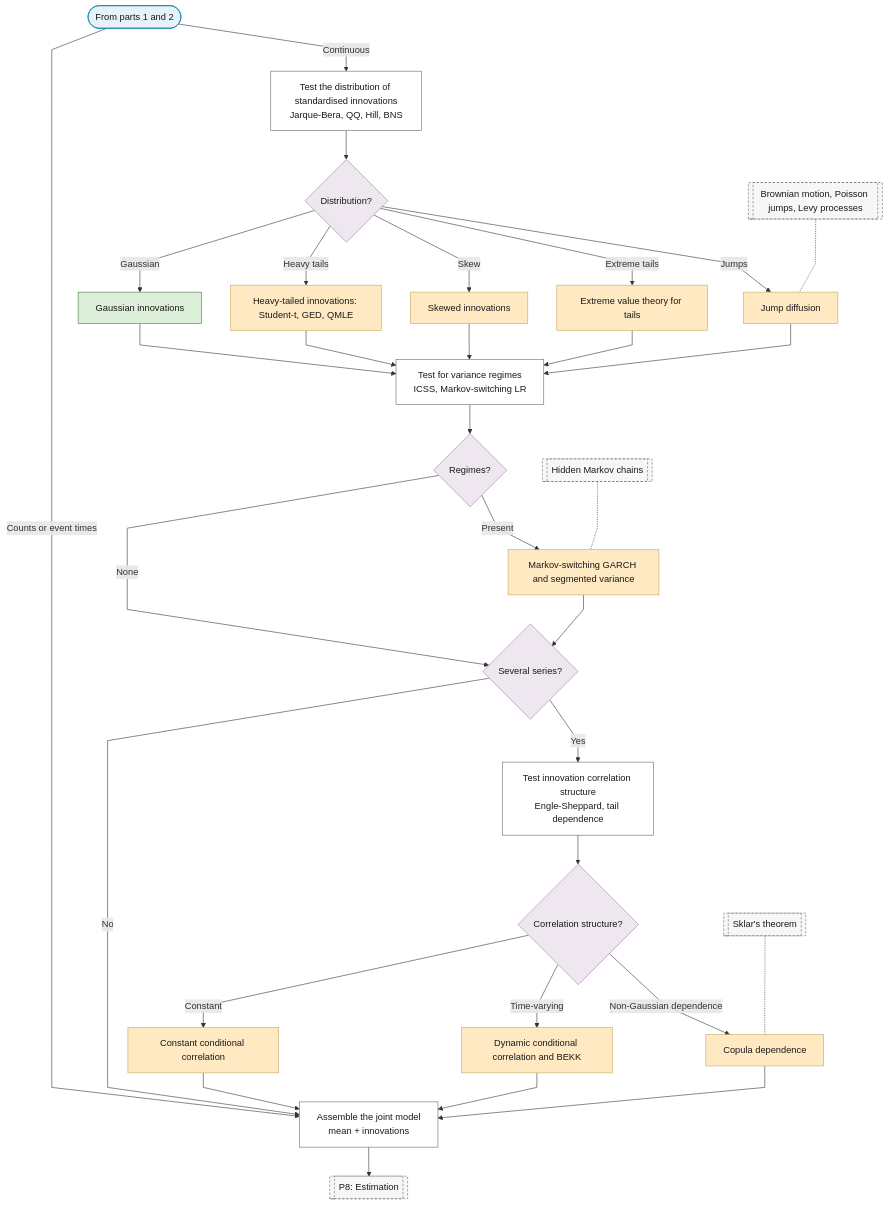
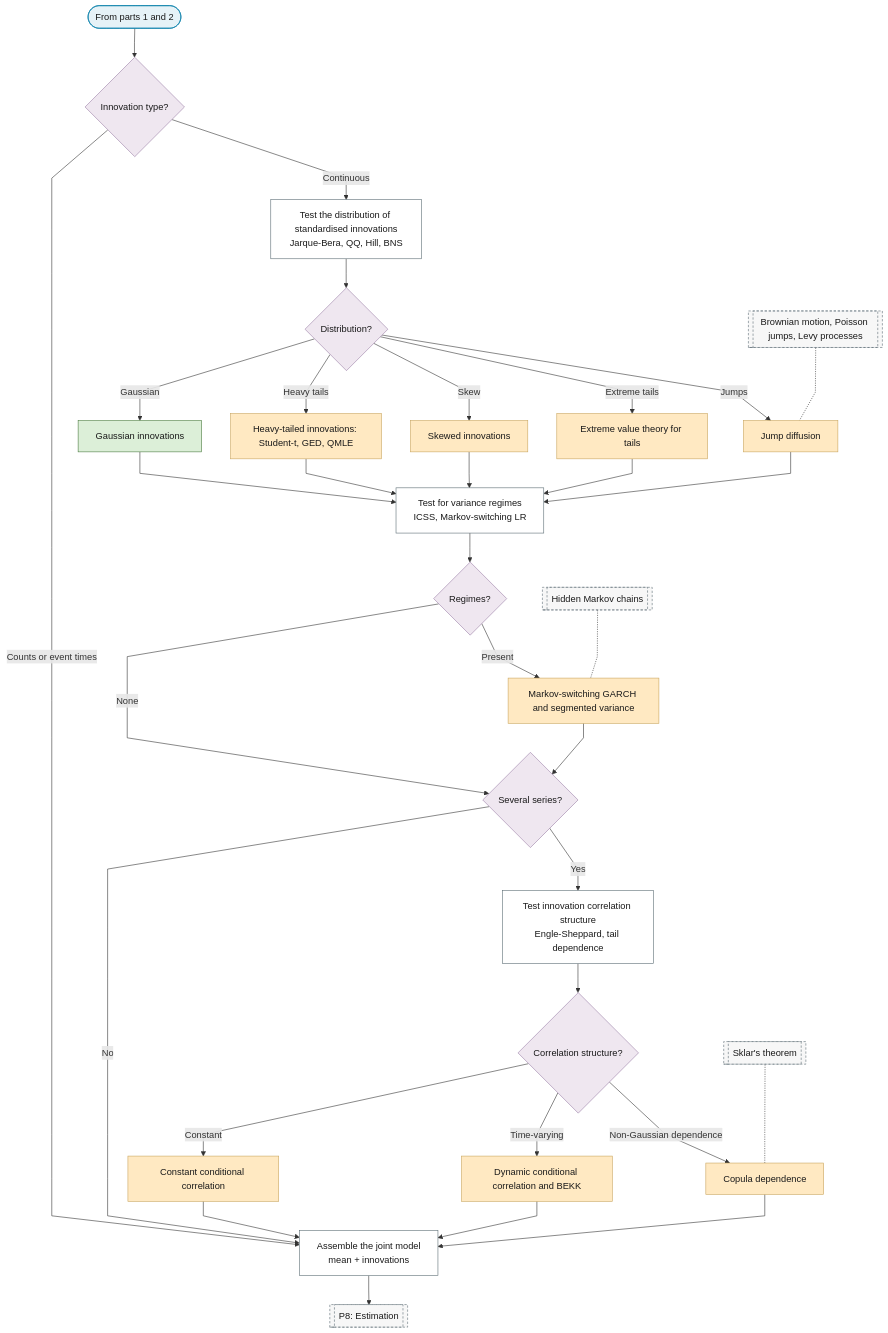
One commit to Shuxin-Y/time-series-analysis-manual changed the third of 3 diagrams in docs/01-workflow/p07-error-process.md. Above: the diagram before and after it, drawn with Mermaid. The commit also changed 4 other files, not shown here.

First line of the commit message:
fix(flowchart): part entries repeat the question; representation charts keep the spine edge

````diff
--- a/docs/01-workflow/p07-error-process.md
+++ b/docs/01-workflow/p07-error-process.md
@@ -86,42 +86,44 @@
 ```mermaid
 %%{init: {"flowchart": {"curve": "linear"}}}%%
 graph TD
-    P7_FROM_PART_2(["From parts 1 and 2"]) -->|"Continuous"| P7_DIST_TESTS["Test the distribution of standardised innovations<br/>Jarque-Bera, QQ, Hill, BNS"]
-    P7_FROM_PART_2 -->|"Counts or event times"| P7_OUT
+    P7_PART_3_IN(["From parts 1 and 2"]) --> P7_TYPE_3{"Innovation type?"}
+    P7_TYPE_3 -->|"Continuous"| P7_DIST_TESTS["Test the distribution of standardised innovations<br/>Jarque-Bera, QQ, Hill, BNS"]
+    P7_TYPE_3 -->|"Counts or event times"| P7_OUT
     P7_DIST_TESTS --> P7_DIST{"Distribution?"}
     P7_DIST -->|"Gaussian"| P7_GAUSSIAN["Gaussian innovations"]
     P7_DIST -->|"Heavy tails"| P7_HEAVY_TAILS["Heavy-tailed innovations: Student-t, GED, QMLE"]
     P7_DIST -->|"Skew"| P7_SKEWED["Skewed innovations"]
     P7_DIST -->|"Extreme tails"| P7_EVT["Extreme value theory for tails"]
     P7_DIST -->|"Jumps"| P7_JUMPS["Jump diffusion"]
     P7_GAUSSIAN & P7_HEAVY_TAILS & P7_SKEWED & P7_EVT & P7_JUMPS --> P7_REGIME_TESTS["Test for variance regimes<br/>ICSS, Markov-switching LR"]
     P7_REGIME_TESTS --> P7_REGIME{"Regimes?"}
     P7_REGIME -->|"None"| P7_MULTI
     P7_REGIME -->|"Present"| P7_MS_GARCH["Markov-switching GARCH and segmented variance"]
     P7_MS_GARCH --> P7_MULTI{"Several series?"}
     P7_MULTI -->|"No"| P7_OUT
     P7_MULTI -->|"Yes"| P7_CORR_TESTS["Test innovation correlation structure<br/>Engle-Sheppard, tail dependence"]
     P7_CORR_TESTS --> P7_CORR{"Correlation structure?"}
     P7_CORR -->|"Constant"| P7_CCC["Constant conditional correlation"]
     P7_CORR -->|"Time-varying"| P7_DCC["Dynamic conditional correlation and BEKK"]
     P7_CORR -->|"Non-Gaussian dependence"| P7_COPULA["Copula dependence"]
     P7_CCC & P7_DCC & P7_COPULA --> P7_OUT["Assemble the joint model<br/>mean + innovations"]
     P7_OUT --> P8[["P8: Estimation"]]
     F_LEVY[["Brownian motion, Poisson jumps, Levy processes"]] -.- P7_JUMPS
     F_HMM[["Hidden Markov chains"]] -.- P7_MS_GARCH
     F_SKLAR[["Sklar's theorem"]] -.- P7_COPULA
-    class P7_FROM_PART_2 terminator
+    class P7_PART_3_IN terminator
     class P7_DIST,P7_REGIME,P7_MULTI,P7_CORR decision
     class P7_DIST_TESTS,P7_REGIME_TESTS,P7_CORR_TESTS,P7_OUT process
     class P7_GAUSSIAN good
     class P7_HEAVY_TAILS,P7_SKEWED,P7_EVT,P7_JUMPS,P7_MS_GARCH,P7_CCC,P7_DCC,P7_COPULA escalate
     class P8,F_LEVY,F_HMM,F_SKLAR ref
+    class P7_TYPE_3 decision
     classDef terminator fill:#E6F2F7,stroke:#007BA7,color:#1A1A1A;
     classDef process fill:#FFFFFF,stroke:#5A6B73,color:#1A1A1A;
     classDef decision fill:#EFE7F0,stroke:#9B7FA7,color:#1A1A1A;
     classDef data fill:#FFF4E0,stroke:#C9A55E,color:#1A1A1A;
     classDef good fill:#DCEFD8,stroke:#4A7A3F,color:#1A1A1A;
     classDef escalate fill:#FFE9C2,stroke:#C9A55E,color:#1A1A1A;
     classDef problem fill:#F2D9DE,stroke:#800020,color:#1A1A1A;
     classDef ref fill:#F7F7F7,stroke:#5A6B73,color:#1A1A1A,stroke-dasharray:4 3;
 ```
````
